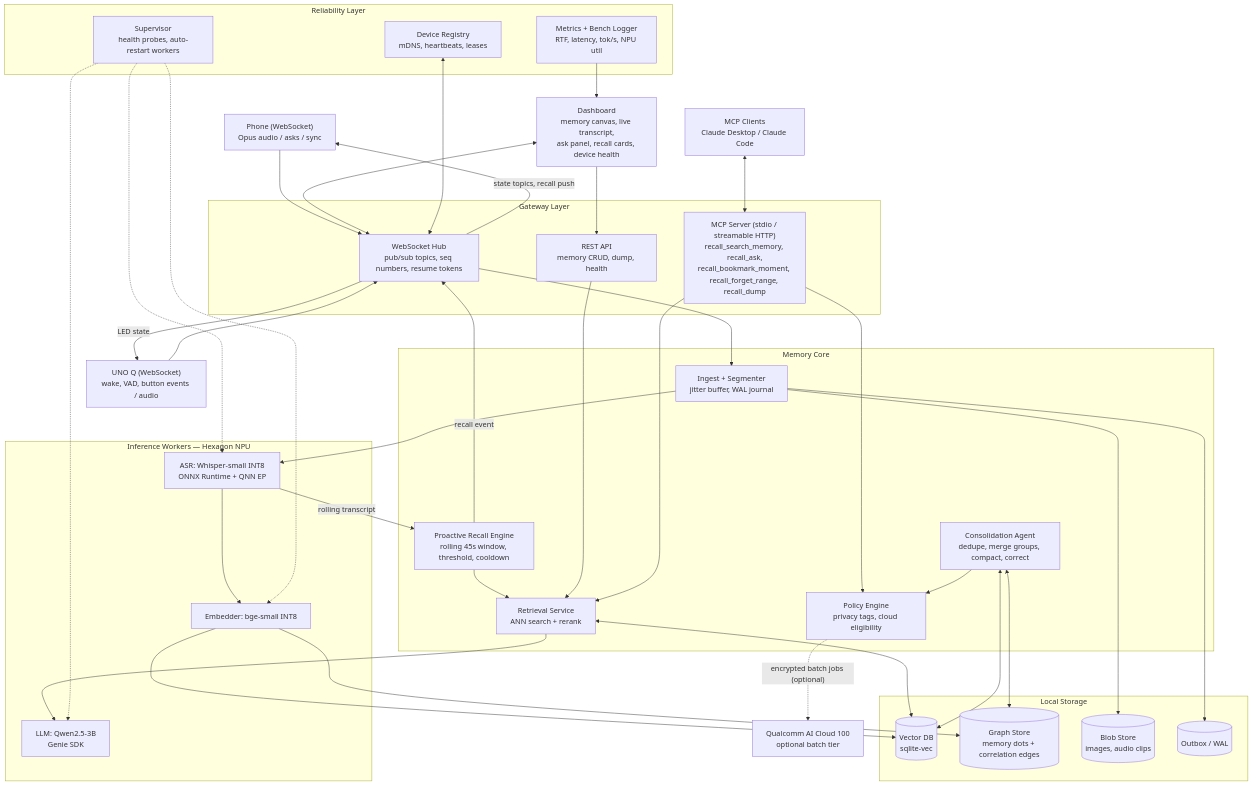
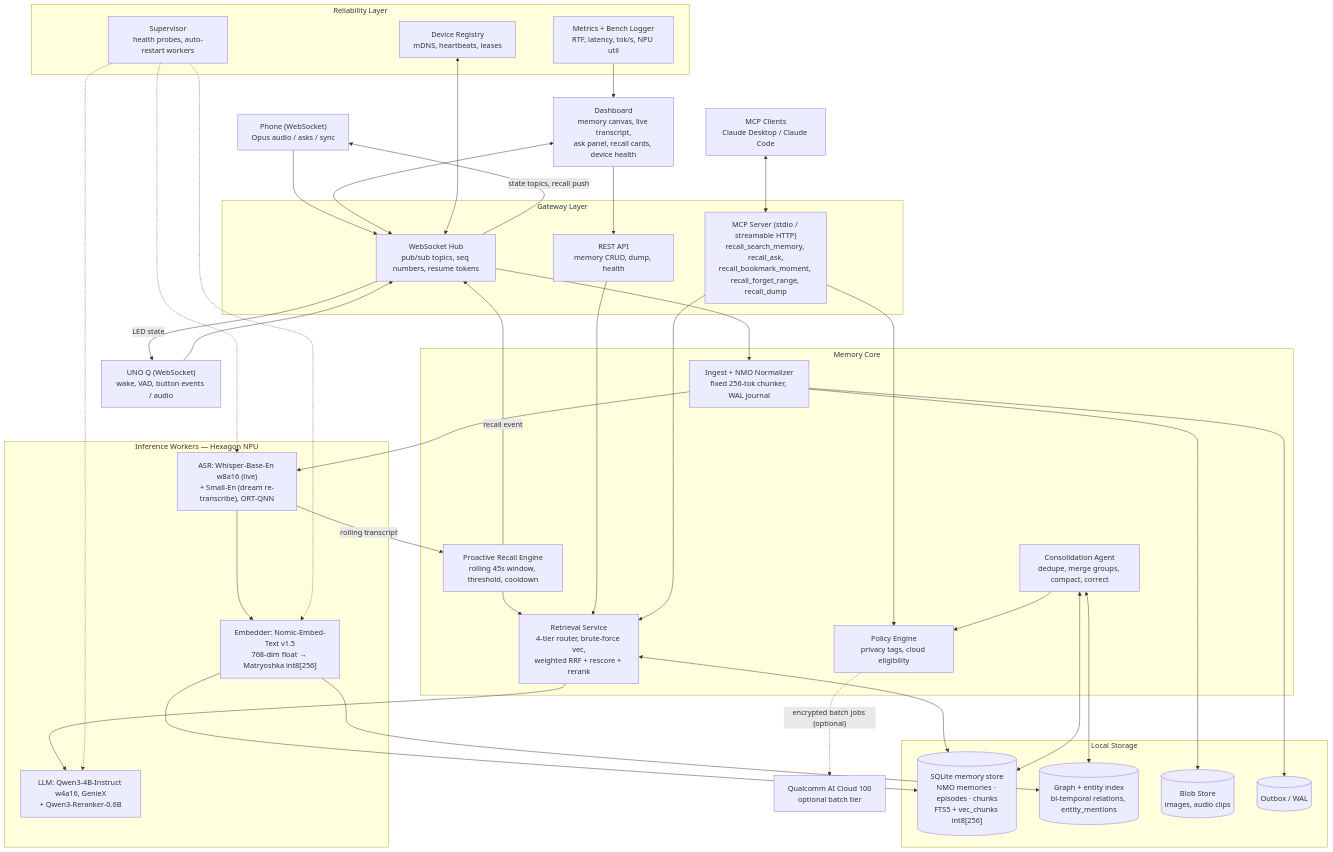
The fourth of 4 diagrams in docs/system_architectures_v1.md (SUMExXx/Recall), drawn with Mermaid before and after one commit. The commit also changed other lines of this file and 47 other files, not shown here.

Commit message:
Feat: pc hub complete architecture - for both gpu & npu via flag - added okf, reverse indexing, retrieval methods

````diff
--- a/docs/system_architectures_v1.md
+++ b/docs/system_architectures_v1.md
@@ -156,71 +161,71 @@
 ```mermaid
 flowchart TB
     PH["Phone (WebSocket)<br/>Opus audio / asks / sync"]
     AR["UNO Q (WebSocket)<br/>wake, VAD, button events / audio"]
     MCPC["MCP Clients<br/>Claude Desktop / Claude Code"]
     CLOUD["Qualcomm AI Cloud 100<br/>optional batch tier"]
 
     subgraph GW["Gateway Layer"]
         WSH["WebSocket Hub<br/>pub/sub topics, seq numbers, resume tokens"]
         REST["REST API<br/>memory CRUD, dump, health"]
         MCP["MCP Server (stdio / streamable HTTP)<br/>recall_search_memory, recall_ask,<br/>recall_bookmark_moment, recall_forget_range, recall_dump"]
     end
 
     subgraph NPU["Inference Workers — Hexagon NPU"]
-        ASR["ASR: Whisper-small INT8<br/>ONNX Runtime + QNN EP"]
-        EMB["Embedder: bge-small INT8"]
-        LLM["LLM: Qwen2.5-3B<br/>Genie SDK"]
+        ASR["ASR: Whisper-Base-En w8a16 (live)<br/>+ Small-En (dream re-transcribe), ORT-QNN"]
+        EMB["Embedder: Nomic-Embed-Text v1.5<br/>768-dim float → Matryoshka int8[256]"]
+        LLM["LLM: Qwen3-4B-Instruct w4a16, GenieX<br/>+ Qwen3-Reranker-0.6B"]
     end
 
     subgraph CORE["Memory Core"]
-        ING["Ingest + Segmenter<br/>jitter buffer, WAL journal"]
-        RET["Retrieval Service<br/>ANN search + rerank"]
+        ING["Ingest + NMO Normalizer<br/>fixed 256-tok chunker, WAL journal"]
+        RET["Retrieval Service<br/>4-tier router, brute-force vec,<br/>weighted RRF + rescore + rerank"]
         PRO["Proactive Recall Engine<br/>rolling 45s window, threshold, cooldown"]
         CON["Consolidation Agent<br/>dedupe, merge groups, compact, correct"]
         POL["Policy Engine<br/>privacy tags, cloud eligibility"]
     end
 
     subgraph ST["Local Storage"]
-        VDB[("Vector DB<br/>sqlite-vec")]
-        GDB[("Graph Store<br/>memory dots + correlation edges")]
+        VDB[("SQLite memory store<br/>NMO memories · episodes · chunks<br/>FTS5 + vec_chunks int8[256]")]
+        GDB[("Graph + entity index<br/>bi-temporal relations, entity_mentions")]
         BLB[("Blob Store<br/>images, audio clips")]
         OBX[("Outbox / WAL")]
     end
 
     subgraph REL["Reliability Layer"]
         SUP["Supervisor<br/>health probes, auto-restart workers"]
         REG["Device Registry<br/>mDNS, heartbeats, leases"]
         MET["Metrics + Bench Logger<br/>RTF, latency, tok/s, NPU util"]
     end
 
     UI["Dashboard<br/>memory canvas, live transcript,<br/>ask panel, recall cards, device health"]
 
     PH --> WSH
     AR --> WSH
     WSH --> ING
     ING --> ASR
     ASR --> EMB
     EMB --> VDB & GDB
     ING --> OBX
     ING --> BLB
     ASR -- "rolling transcript" --> PRO
     PRO --> RET
     RET <--> VDB
     RET --> LLM
     PRO -- "recall event" --> WSH
     WSH -- "state topics, recall push" --> PH
     WSH -- "LED state" --> AR
     UI <--> WSH
     UI --> REST
     REST --> RET
     MCPC <--> MCP
     MCP --> RET
     MCP --> POL
     CON <--> VDB
     CON <--> GDB
     CON --> POL
     POL -. "encrypted batch jobs (optional)" .-> CLOUD
     SUP -.-> ASR & EMB & LLM
     REG <--> WSH
     MET --> UI
 ```
````
